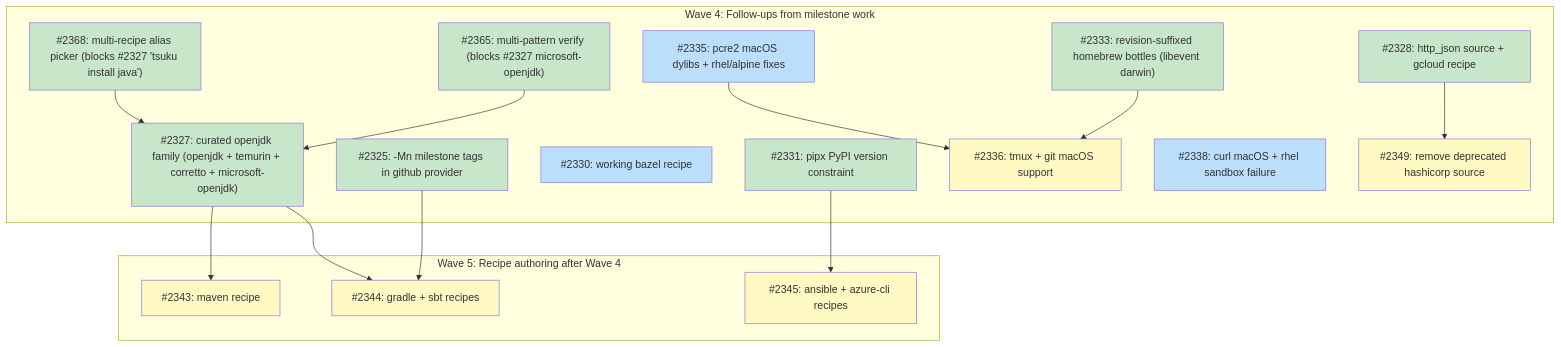
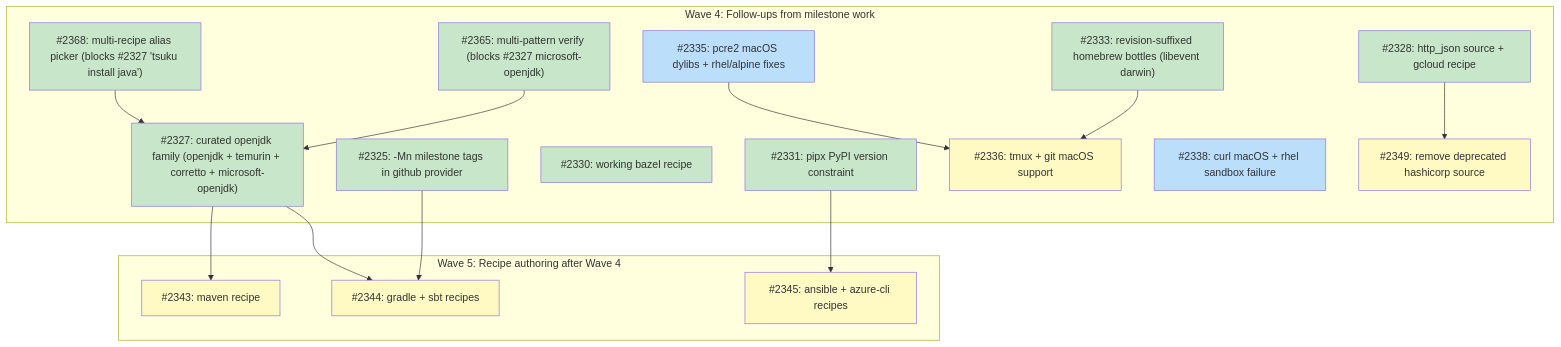
The diagram in docs/plans/PLAN-curated-recipes.md (tsukumogami/tsuku), drawn with Mermaid before and after one commit. The commit also changed other lines of this file, not shown here.

Commit message:
docs(plan): mark #2330 done in curated-recipes plan
The bazel recipe ships in this PR via the Homebrew bottle on linux+glibc
and darwin, with Alpine documented as unsupported via supported_libc.
Strike through the issue table row and reclassify I2330 as done in the
dependency graph.

````diff
--- a/docs/plans/PLAN-curated-recipes.md
+++ b/docs/plans/PLAN-curated-recipes.md
@@ -144,48 +144,48 @@
 ```mermaid
 graph TD
     subgraph wave4 ["Wave 4: Follow-ups from milestone work"]
         I2325["#2325: -Mn milestone tags in github provider"]
         I2327["#2327: curated openjdk family (openjdk + temurin + corretto + microsoft-openjdk)"]
         I2328["#2328: http_json source + gcloud recipe"]
         I2330["#2330: working bazel recipe"]
         I2331["#2331: pipx PyPI version constraint"]
         I2333["#2333: revision-suffixed homebrew bottles (libevent darwin)"]
         I2335["#2335: pcre2 macOS dylibs + rhel/alpine fixes"]
         I2336["#2336: tmux + git macOS support"]
         I2338["#2338: curl macOS + rhel sandbox failure"]
         I2349["#2349: remove deprecated hashicorp source"]
         I2365["#2365: multi-pattern verify (blocks #2327 microsoft-openjdk)"]
         I2368["#2368: multi-recipe alias picker (blocks #2327 'tsuku install java')"]
     end
 
     subgraph wave5 ["Wave 5: Recipe authoring after Wave 4"]
         I2343["#2343: maven recipe"]
         I2344["#2344: gradle + sbt recipes"]
         I2345["#2345: ansible + azure-cli recipes"]
     end
 
     I2333 --> I2336
     I2335 --> I2336
 
     I2365 --> I2327
     I2368 --> I2327
     I2327 --> I2343
     I2325 --> I2344
     I2327 --> I2344
     I2331 --> I2345
     I2328 --> I2349
 
     classDef done fill:#c8e6c9
     classDef ready fill:#bbdefb
     classDef blocked fill:#fff9c4
     classDef needsDesign fill:#e1bee7
     classDef needsPrd fill:#b3e5fc
     classDef needsSpike fill:#ffcdd2
     classDef needsDecision fill:#d1c4e9
     classDef tracksDesign fill:#FFE0B2,stroke:#F57C00,color:#000
     classDef tracksPlan fill:#FFE0B2,stroke:#F57C00,color:#000
 
-    class I2325,I2327,I2328,I2331,I2333,I2365,I2368 done
-    class I2330,I2335,I2338 ready
+    class I2325,I2327,I2328,I2330,I2331,I2333,I2365,I2368 done
+    class I2335,I2338 ready
     class I2336,I2343,I2344,I2345,I2349 blocked
 ```
````
